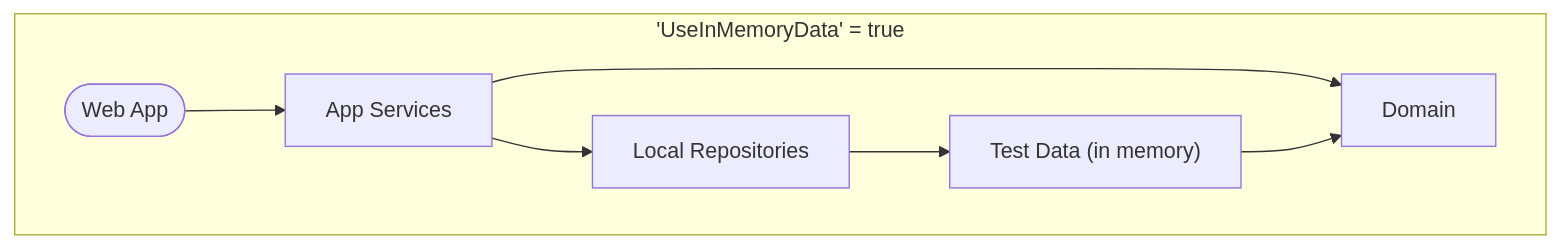
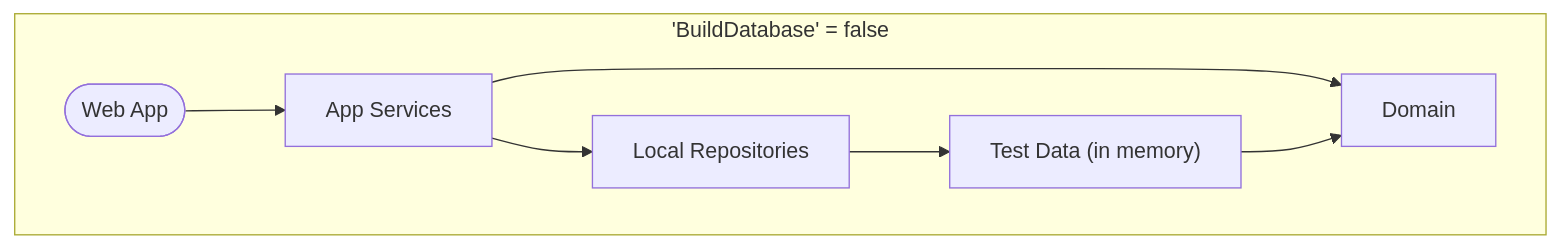
Before and after one commit to gaepdit/complaint-tracking: the first of 3 diagrams in README.md, drawn with Mermaid. The commit also changed other lines of this file and 8 other files, not shown here.

````diff
--- a/README.md
+++ b/README.md
@@ -128,16 +173,16 @@
 ```mermaid
 flowchart LR
-    subgraph SPL["'UseInMemoryData' = true"]
+    subgraph SPL["'BuildDatabase' = false"]
         direction LR
         D[Domain]
         T["Test Data (in memory)"]
         R[Local Repositories]
         A[App Services]
         W([Web App])
         W --> A
         A --> D
         A --> R
         R --> T
         T --> D
     end
 ```
````
